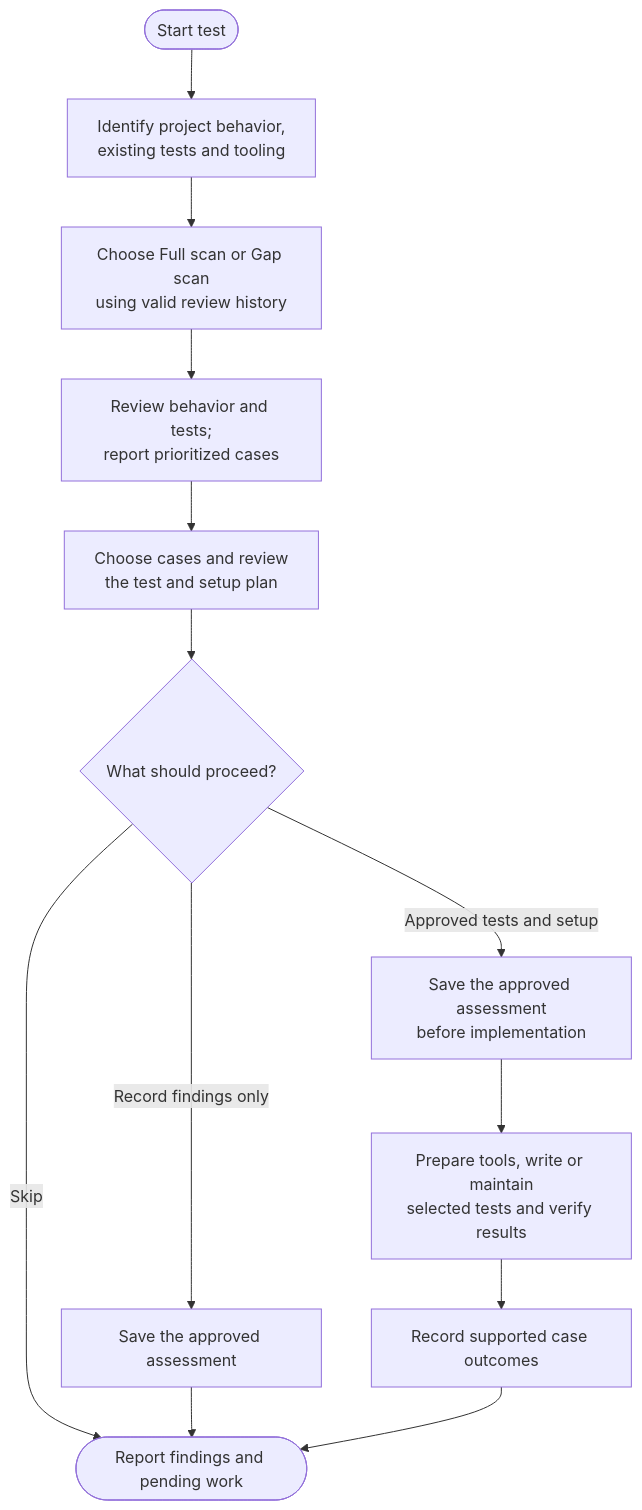
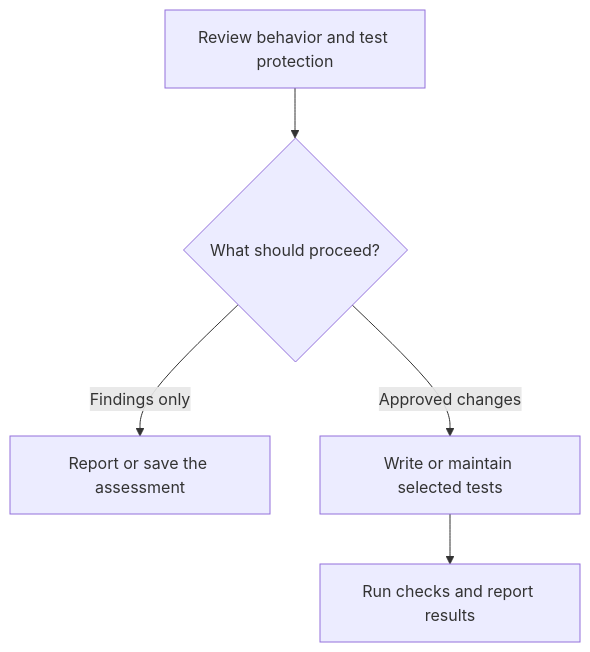
One commit to myowinthein/agent-helm changed the diagram in docs/commands/test.md. Above: the diagram before and after it, drawn with Mermaid. The commit also changed other lines of this file and 20 other files, not shown here.

````diff
--- a/docs/commands/test.md
+++ b/docs/commands/test.md
@@ -24,15 +14,7 @@
 ```mermaid
 flowchart TD
-  Start(["Start test"]) --> Inspect["Identify project behavior,<br/>existing tests and tooling"]
-  Inspect --> Scope["Choose Full scan or Gap scan<br/>using valid review history"]
-  Scope --> Assess["Review behavior and tests;<br/>report prioritized cases"]
-  Assess --> Select["Choose cases and review<br/>the test and setup plan"]
-  Select --> Choice{"What should proceed?"}
-  Choice -->|Skip| End(["Report findings and pending work"])
-  Choice -->|Record findings only| Record["Save the approved assessment"]
-  Choice -->|Approved tests and setup| Checkpoint["Save the approved assessment<br/>before implementation"]
-  Record --> End
-  Checkpoint --> Work["Prepare tools, write or maintain<br/>selected tests and verify results"]
-  Work --> Evidence["Record supported case outcomes"]
-  Evidence --> End
+  Review["Review behavior and test protection"] --> Choose{"What should proceed?"}
+  Choose -->|Findings only| Report["Report or save the assessment"]
+  Choose -->|Approved changes| Work["Write or maintain selected tests"]
+  Work --> Check["Run checks and report results"]
 ```
````
